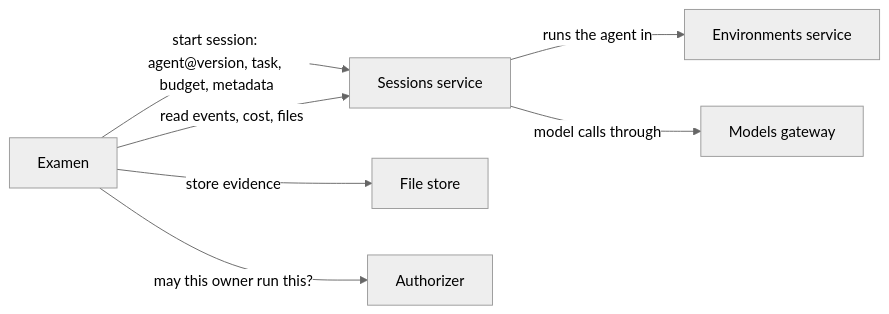
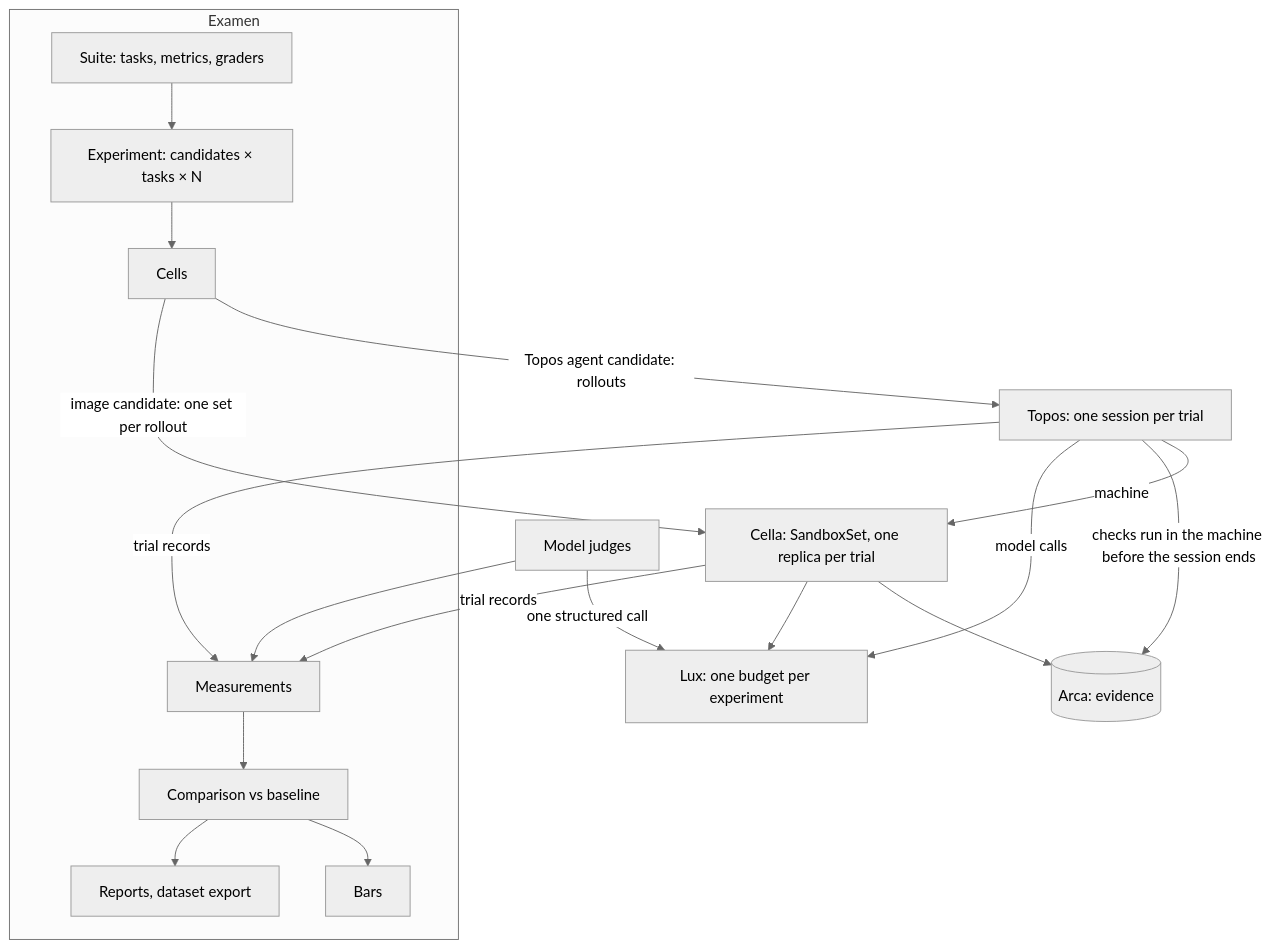
The diagram in specs/001-architecture.md (latere-ai/examen), drawn with Mermaid (neutral theme) before and after one commit. The commit also changed other lines of this file and 13 other files, not shown here.

````diff
--- a/specs/001-architecture.md
+++ b/specs/001-architecture.md
@@ -141,9 +75,21 @@
 ```mermaid
-flowchart LR
-  E[Examen] -->|start session: agent@version, task, budget, metadata| S[Sessions service]
-  S -->|runs the agent in| V[Environments service]
-  S -->|model calls through| G[Models gateway]
-  E -->|read events, cost, files| S
-  E -->|store evidence| F[File store]
-  E -->|may this owner run this?| A[Authorizer]
+flowchart TB
+  subgraph Examen
+    S[Suite: tasks, metrics, graders] --> X[Experiment: candidates × tasks × N]
+    X --> C[Cells]
+    M[Measurements] --> CMP[Comparison vs baseline]
+    CMP --> BAR[Bars]
+    CMP --> R[Reports, dataset export]
+  end
+  C -->|Topos agent candidate: rollouts| T[Topos: one session per trial]
+  C -->|image candidate: one set per rollout| CE[Cella: SandboxSet, one replica per trial]
+  T -->|machine| CE
+  T -->|checks run in the machine before the session ends| EV[(Arca: evidence)]
+  CE --> EV
+  T -->|model calls| L[Lux: one budget per experiment]
+  CE --> L
+  T -->|trial records| M
+  CE -->|trial records| M
+  J[Model judges] -->|one structured call| L
+  J --> M
 ```
````
